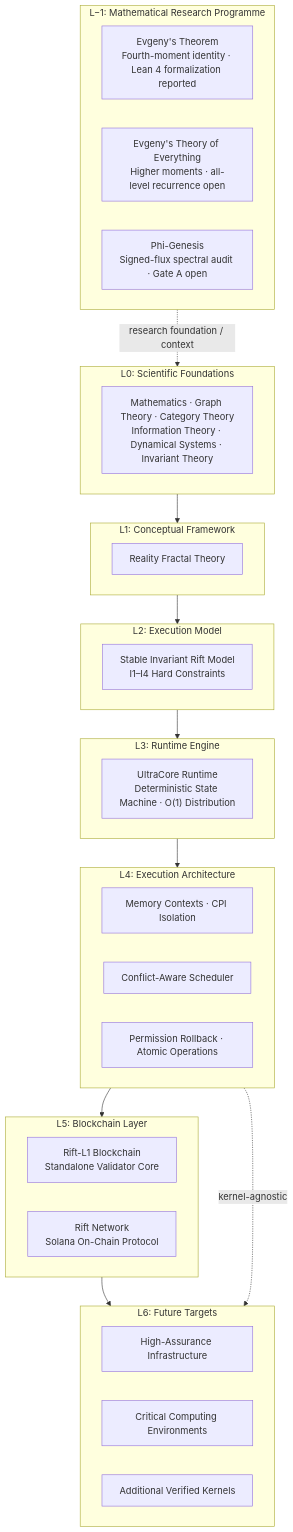
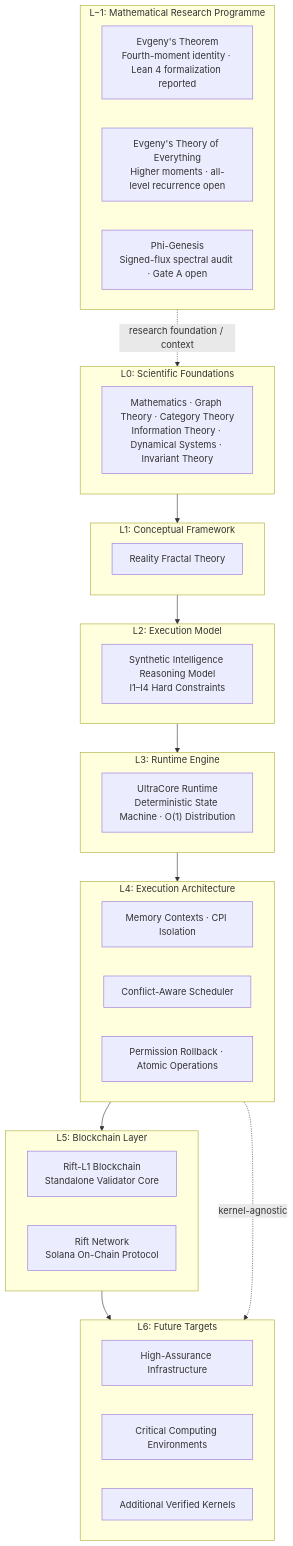
Before and after one commit to RFT-SIRM/UltraCore-RFT: the first of 2 diagrams in docs/platform.md, drawn with Mermaid.

Commit message:
docs: correct official SIRM expansion

````diff
--- a/docs/platform.md
+++ b/docs/platform.md
@@ -41,42 +41,42 @@
 ```mermaid
 flowchart TB
  subgraph Lminus1["L−1: Mathematical Research Programme"]
  THEOREM["Evgeny's Theorem\nFourth-moment identity · Lean 4 formalization reported"]
  TOE["Evgeny's Theory of Everything\nHigher moments · all-level recurrence open"]
  PHI["Phi-Genesis\nSigned-flux spectral audit · Gate A open"]
  end
  subgraph L0["L0: Scientific Foundations"]
  MATH["Mathematics · Graph Theory · Category Theory\nInformation Theory · Dynamical Systems · Invariant Theory"]
  end
  subgraph L1["L1: Conceptual Framework"]
  RFT["Reality Fractal Theory"]
  end
  subgraph L2["L2: Execution Model"]
- SIRM["Stable Invariant Rift Model\nI1–I4 Hard Constraints"]
+ SIRM["Synthetic Intelligence Reasoning Model\nI1–I4 Hard Constraints"]
  end
  subgraph L3["L3: Runtime Engine"]
  UC["UltraCore Runtime\nDeterministic State Machine · O(1) Distribution"]
  end
  subgraph L4["L4: Execution Architecture"]
  MEM["Memory Contexts · CPI Isolation"]
  SCHED["Conflict-Aware Scheduler"]
  ROLL["Permission Rollback · Atomic Operations"]
  end
  subgraph L5["L5: Blockchain Layer"]
  L1B["Rift-L1 Blockchain\nStandalone Validator Core"]
  NET["Rift Network\nSolana On-Chain Protocol"]
  end
  subgraph L6["L6: Future Targets"]
  HA["High-Assurance Infrastructure"]
  CRIT["Critical Computing Environments"]
  KERNEL["Additional Verified Kernels"]
  end
  Lminus1 -.->|"research foundation / context"| L0
  L0 --> L1
  L1 --> L2
  L2 --> L3
  L3 --> L4
  L4 --> L5
  L5 --> L6
  L4 -.->|"kernel-agnostic"| L6
 ```
````
